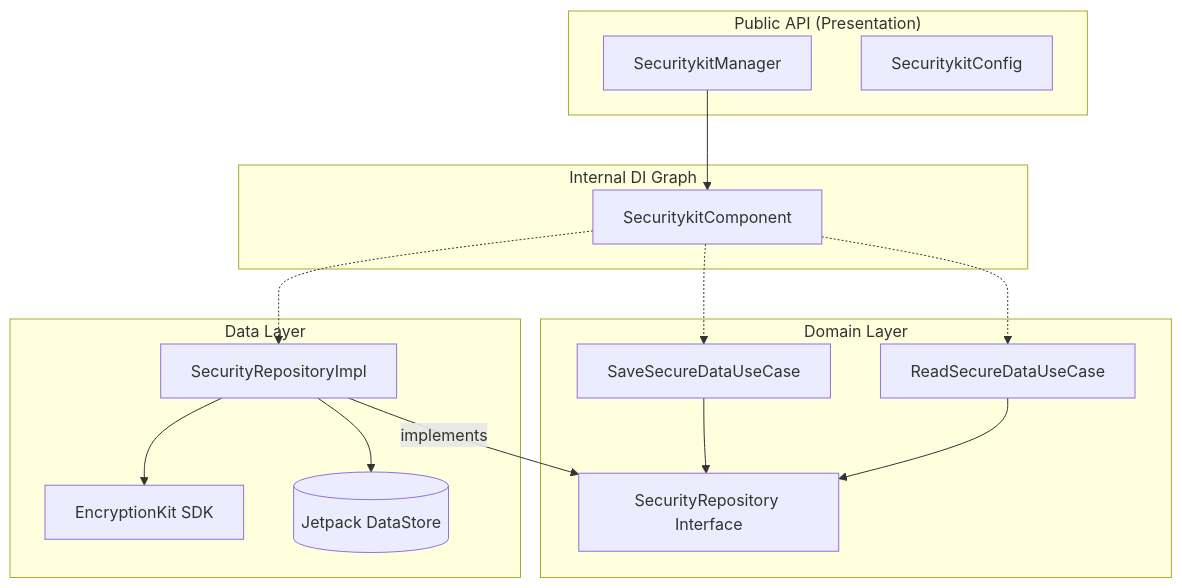
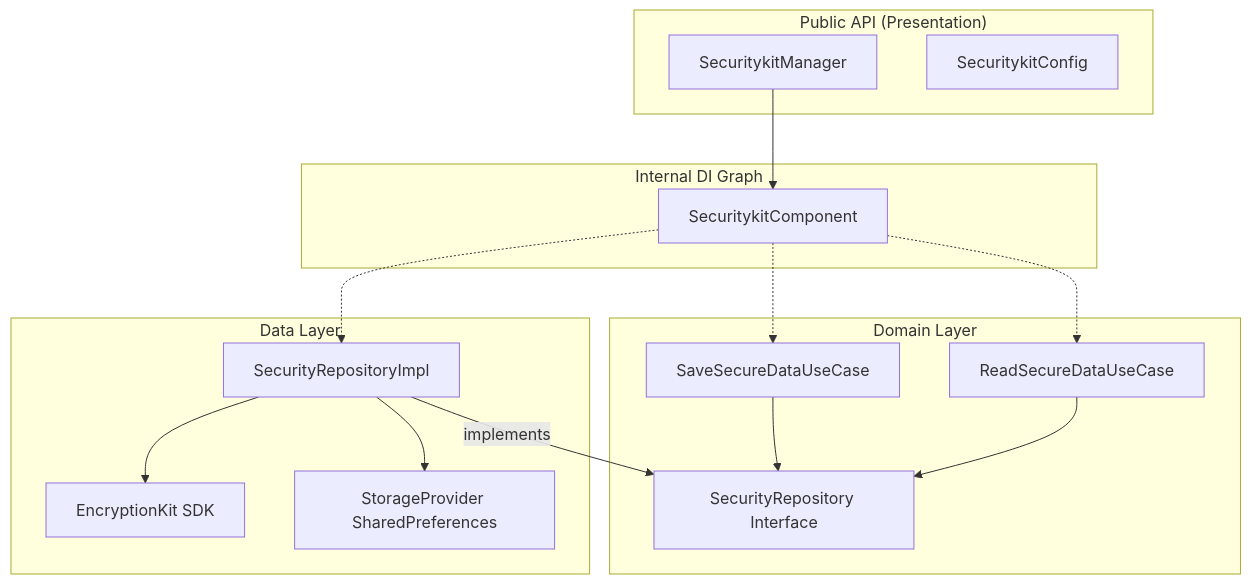
One commit to joshluq/securitykit-android changed the diagram in README.md. Above: the diagram before and after it, drawn with Mermaid. The commit also changed other lines of this file and 10 other files, not shown here.

Commit message:
Refactor storage layer to replace Jetpack DataStore with a custom SharedPreferences-based `StorageProvider`.

````diff
--- a/README.md
+++ b/README.md
@@ -82,35 +84,35 @@
 ```mermaid
 graph TD
     subgraph "Public API (Presentation)"
         Manager[SecuritykitManager]
         Config[SecuritykitConfig]
     end
 
     subgraph "Domain Layer"
         SaveUC[SaveSecureDataUseCase]
         ReadUC[ReadSecureDataUseCase]
         RepoInt[SecurityRepository Interface]
     end
 
     subgraph "Data Layer"
         RepoImpl[SecurityRepositoryImpl]
         EK[EncryptionKit SDK]
-        DS[(Jetpack DataStore)]
+        SP[StorageProvider SharedPreferences]
     end
 
     subgraph "Internal DI Graph"
         Component[SecuritykitComponent]
     end
 
     Manager --> Component
     Component -.-> SaveUC
     Component -.-> ReadUC
     Component -.-> RepoImpl
 
     SaveUC --> RepoInt
     ReadUC --> RepoInt
     RepoImpl -- implements --> RepoInt
 
     RepoImpl --> EK
-    RepoImpl --> DS
+    RepoImpl --> SP
 ```
````
